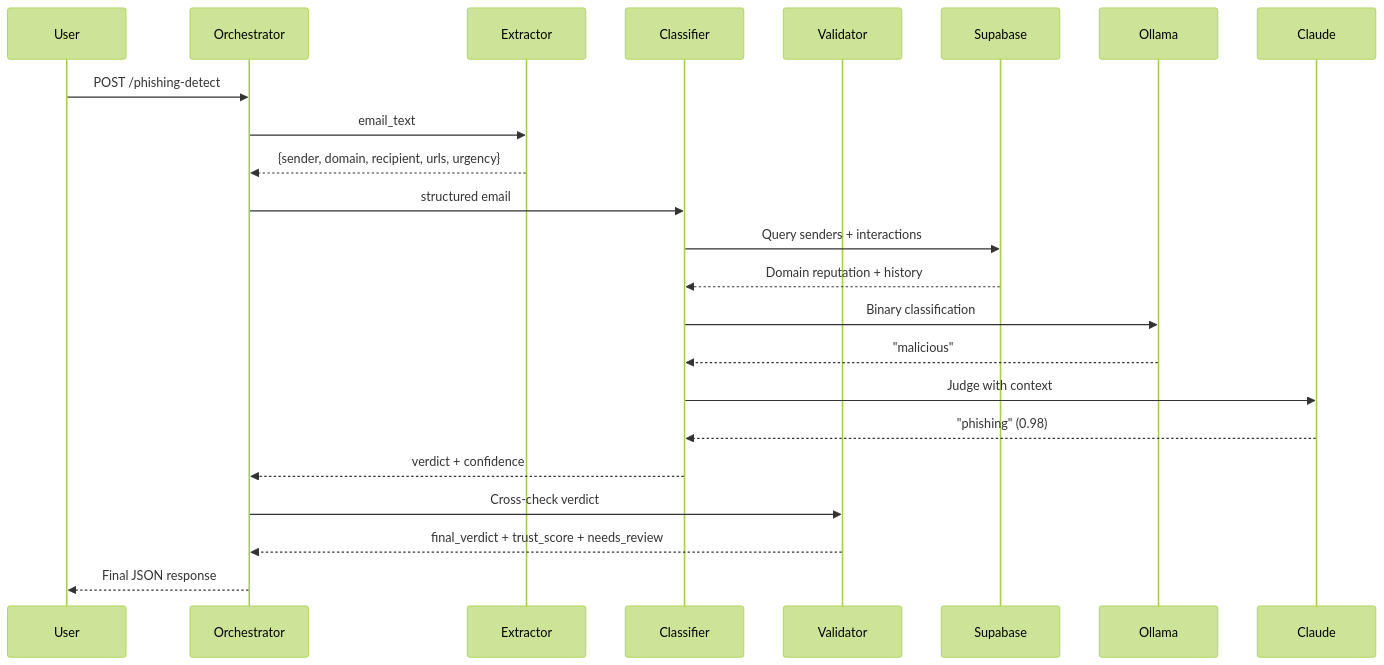
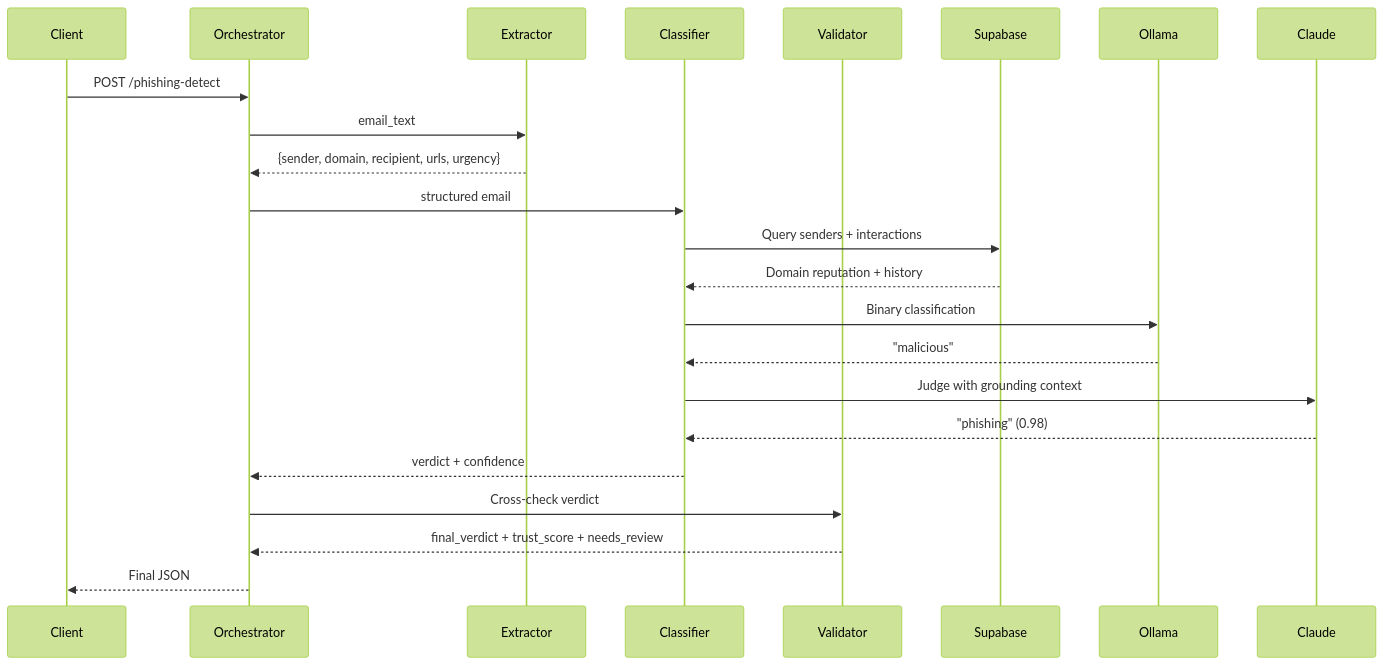
The second of 3 diagrams in README.md (shivoymalhotra9-wq/Agentic-AI-Cyber-App), drawn with Mermaid (forest theme) before and after one commit. The commit also changed other lines of this file, not shown here.

````diff
--- a/README.md
+++ b/README.md
@@ -90,26 +109,26 @@
 ```mermaid
 sequenceDiagram
-    participant U as User
+    participant U as Client
     participant O as Orchestrator
     participant E as Extractor
     participant C as Classifier
     participant V as Validator
     participant DB as Supabase
     participant OL as Ollama
     participant CL as Claude
 
     U->>O: POST /phishing-detect
     O->>E: email_text
     E-->>O: {sender, domain, recipient, urls, urgency}
     O->>C: structured email
     C->>DB: Query senders + interactions
     DB-->>C: Domain reputation + history
     C->>OL: Binary classification
     OL-->>C: "malicious"
-    C->>CL: Judge with context
+    C->>CL: Judge with grounding context
     CL-->>C: "phishing" (0.98)
     C-->>O: verdict + confidence
     O->>V: Cross-check verdict
     V-->>O: final_verdict + trust_score + needs_review
-    O-->>U: Final JSON response
+    O-->>U: Final JSON
 ```
````
